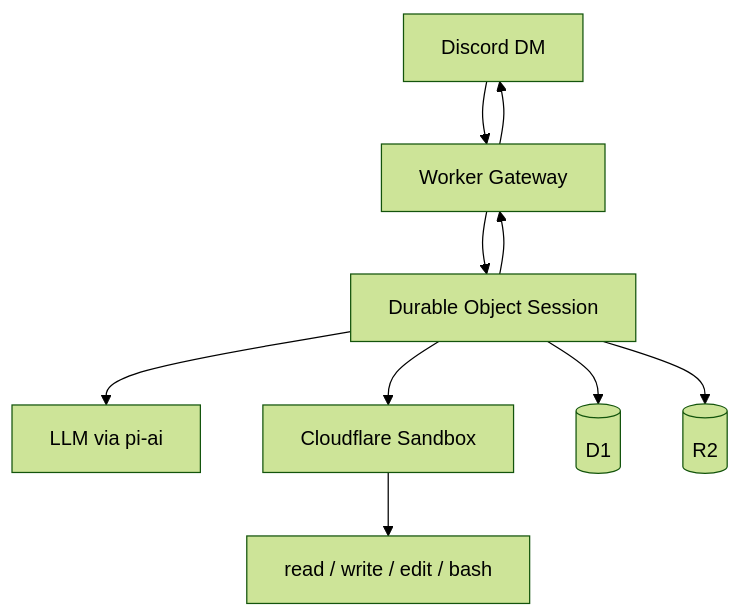
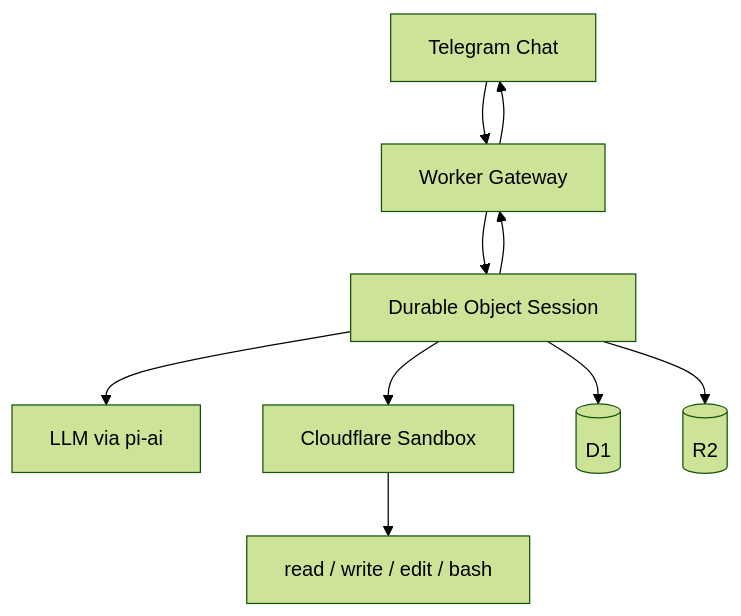
Before and after one commit to drevantonder/dreclaw: the diagram in README.md, drawn with Mermaid (forest theme). The commit also changed other lines of this file and 2 other files, not shown here.

Commit message:
docs: migrate channel docs from discord to telegram

````diff
--- a/README.md
+++ b/README.md
@@ -16,11 +16,11 @@
 ```mermaid
 flowchart TD
-  U[Discord DM] --> W[Worker Gateway]
+  U[Telegram Chat] --> W[Worker Gateway]
   W --> DO[Durable Object Session]
   DO --> L[LLM via pi-ai]
   DO --> S[Cloudflare Sandbox]
   S --> T[read / write / edit / bash]
   DO --> D[(D1)]
   DO --> R[(R2)]
   DO --> W --> U
 ```
````
